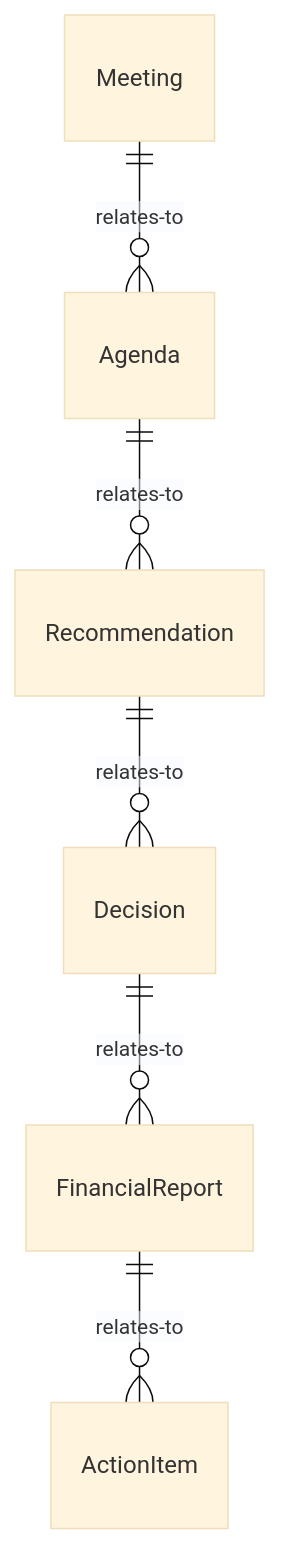
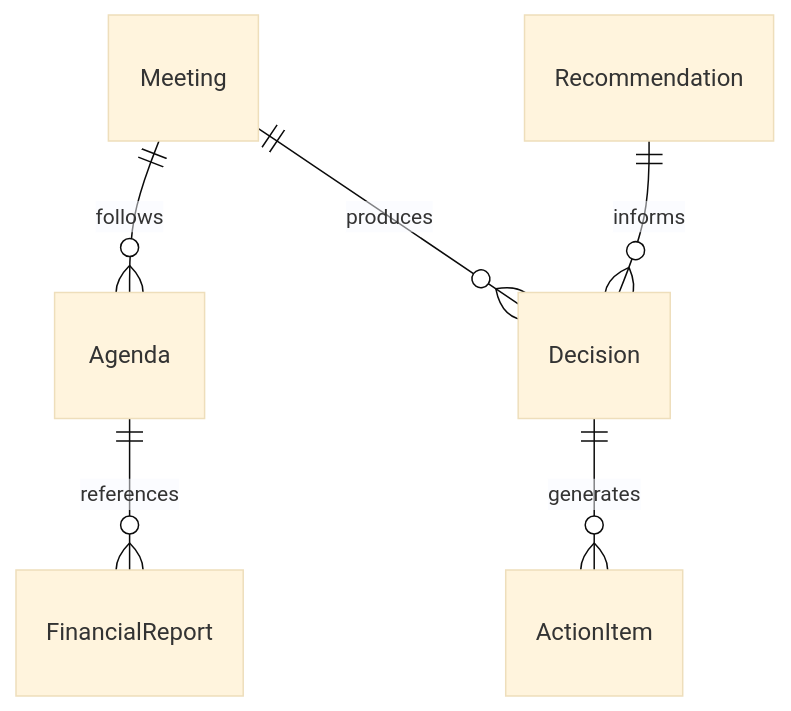
One commit to dot-org-ai/tasks.org.ai changed the first of 4 diagrams in CommunicatingWithSupervisorsPeersOrSubordinates/CoordinateActivitiesWithClientsAgenciesOrOrganizations/ConferOthersAboutFinancialMatters.mdx. Above: the diagram before and after it, drawn with Mermaid (base theme). The commit also changed other lines of this file and 515 other files, not shown here.

````diff
--- a/CommunicatingWithSupervisorsPeersOrSubordinates/CoordinateActivitiesWithClientsAgenciesOrOrganizations/ConferOthersAboutFinancialMatters.mdx
+++ b/CommunicatingWithSupervisorsPeersOrSubordinates/CoordinateActivitiesWithClientsAgenciesOrOrganizations/ConferOthersAboutFinancialMatters.mdx
@@ -88,8 +88,8 @@
 ```mermaid
 erDiagram
-    Meeting ||--o{ Agenda : relates-to
-    Agenda ||--o{ Recommendation : relates-to
-    Recommendation ||--o{ Decision : relates-to
-    Decision ||--o{ FinancialReport : relates-to
-    FinancialReport ||--o{ ActionItem : relates-to
+    Meeting ||--o{ Agenda : follows
+    Meeting ||--o{ Decision : produces
+    Agenda ||--o{ FinancialReport : references
+    Decision ||--o{ ActionItem : generates
+    Recommendation ||--o{ Decision : informs
 ```
````
